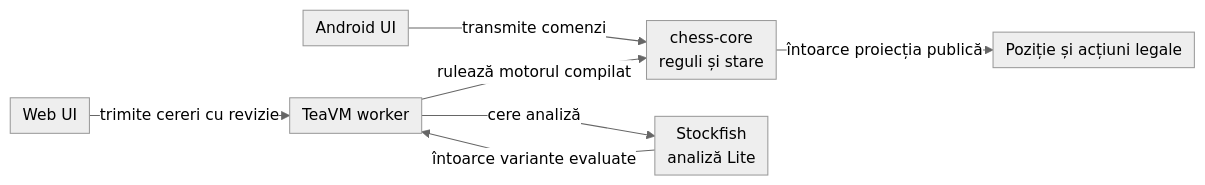
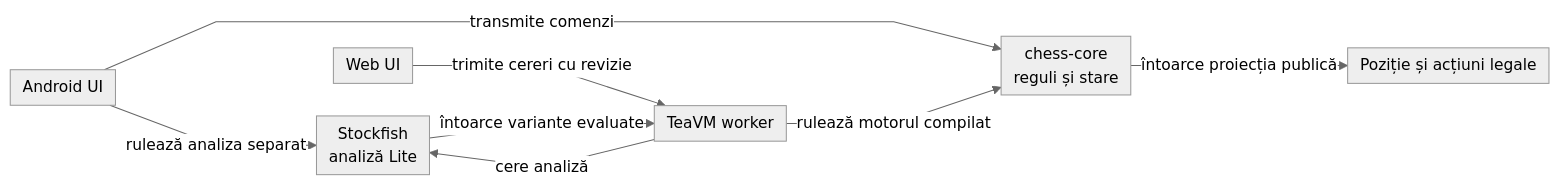
One commit to crististefanita/chess changed the first of 3 diagrams in README.md. Above: the diagram before and after it, drawn with Mermaid. The commit also changed 1 other file, not shown here.

Commit message:
Document independent coaching and distinct MultiPV regression

````diff
--- a/README.md
+++ b/README.md
@@ -36,16 +36,17 @@
 ```mermaid
 %%{init: {"theme":"neutral","themeVariables":{"fontSize":"15px"},"themeCSS":".edgeLabel, .edgeLabel p { font-size: 12px !important; } .node rect { rx: 6px; ry: 6px; }","flowchart":{"curve":"linear","nodeSpacing":24,"rankSpacing":20,"padding":6},"sequence":{"mirrorActors":false,"messageMargin":24}}}%%
 flowchart LR
     Android["Android UI"]
     Web["Web UI"]
     Worker["TeaVM worker"]
     Engine["chess-core<br/>reguli și stare"]
     Stockfish["Stockfish<br/>analiză Lite"]
     Projection["Poziție și acțiuni legale"]
     Android -->|transmite comenzi| Engine
+    Android -->|rulează analiza separat| Stockfish
     Web -->|trimite cereri cu revizie| Worker
     Worker -->|rulează motorul compilat| Engine
     Worker -->|cere analiză| Stockfish
     Stockfish -->|întoarce variante evaluate| Worker
     Engine -->|întoarce proiecția publică| Projection
 ```
````
